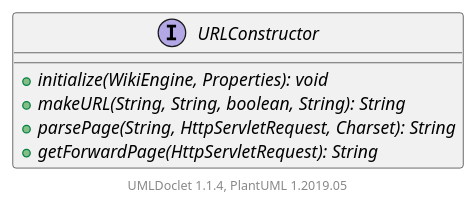
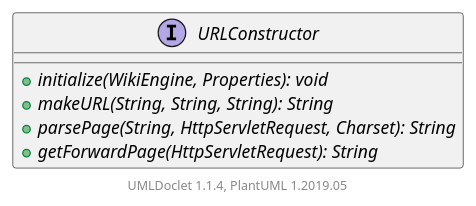
The diagram in apidocs/2.11.0.M7-SNAPSHOT/org/apache/wiki/url/URLConstructor.puml (apache/jspwiki-site), drawn with PlantUML before and after one commit. The commit also changed 1701 other files, not shown here.

```diff
--- a/apidocs/2.11.0.M7-SNAPSHOT/org/apache/wiki/url/URLConstructor.puml
+++ b/apidocs/2.11.0.M7-SNAPSHOT/org/apache/wiki/url/URLConstructor.puml
@@ -1,12 +1,12 @@
 @startuml
 
     interface URLConstructor [[URLConstructor.html]] {
         {abstract} +initialize(WikiEngine, Properties): void
-        {abstract} +makeURL(String, String, boolean, String): String
+        {abstract} +makeURL(String, String, String): String
         {abstract} +parsePage(String, HttpServletRequest, Charset): String
         {abstract} +getForwardPage(HttpServletRequest): String
     }
 
 
     center footer UMLDoclet 1.1.4, PlantUML 1.2019.05
 @enduml
```
